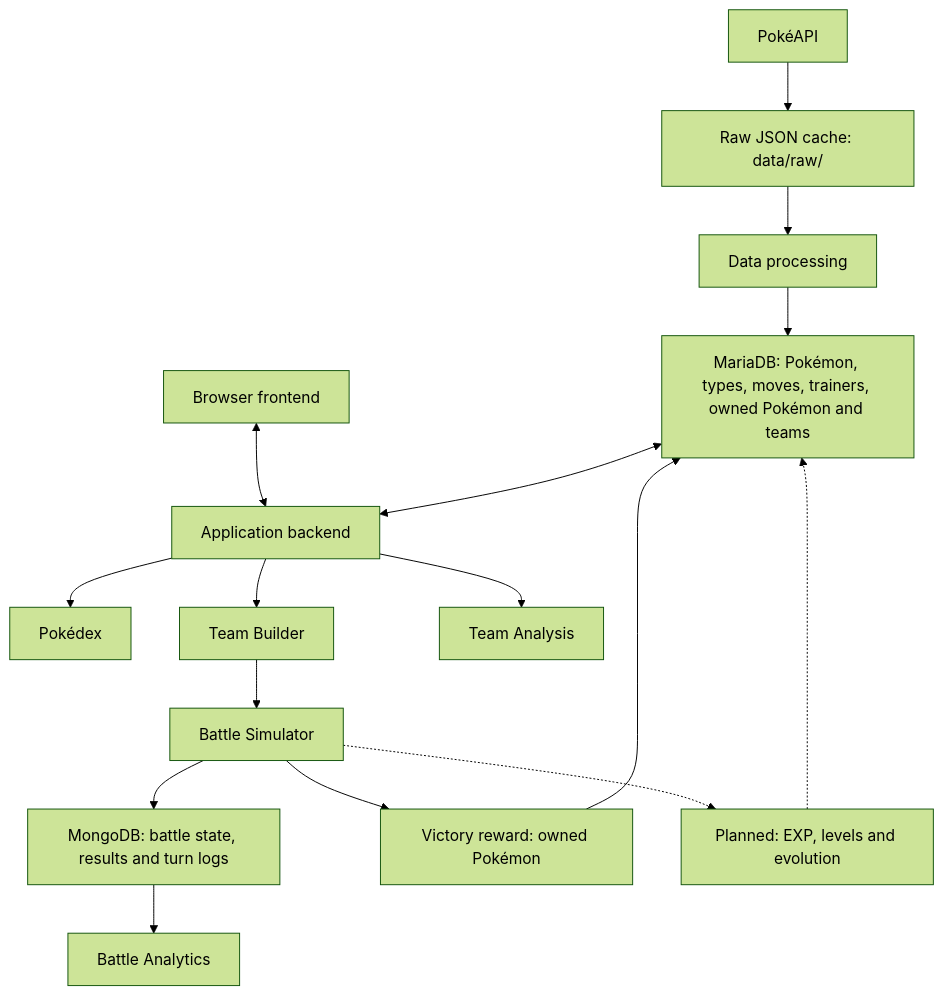
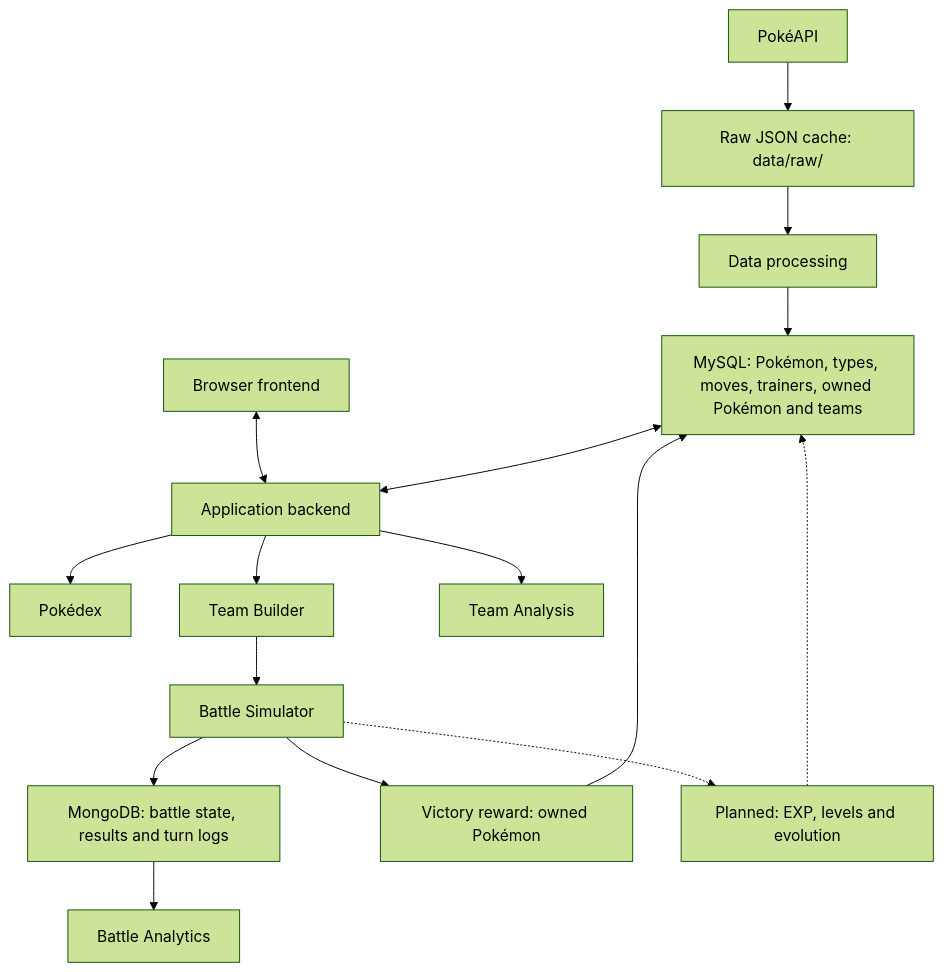
Before and after one commit to xavtsk/database-project: the diagram in docs/diagrams/application-architecture.md, drawn with Mermaid (forest theme). The commit also changed other lines of this file and 31 other files, not shown here.

````diff
--- a/docs/diagrams/application-architecture.md
+++ b/docs/diagrams/application-architecture.md
@@ -5,18 +5,18 @@
 ```mermaid
 flowchart TD
     API[PokéAPI] --> RAW["Raw JSON cache: data/raw/"]
     RAW --> PROCESS[Data processing]
-    PROCESS --> SQL["MariaDB: Pokémon, types, moves, trainers, owned Pokémon and teams"]
+    PROCESS --> SQL["MySQL: Pokémon, types, moves, trainers, owned Pokémon and teams"]
     UI[Browser frontend] <--> APP[Application backend]
     SQL <--> APP
     APP --> DEX[Pokédex]
     APP --> TEAMS[Team Builder]
     APP --> ANALYSIS[Team Analysis]
     TEAMS --> BATTLE[Battle Simulator]
     BATTLE --> MONGO["MongoDB: battle state, results and turn logs"]
     MONGO --> ANALYTICS[Battle Analytics]
     BATTLE --> REWARD[Victory reward: owned Pokémon]
     REWARD --> SQL
     BATTLE -.-> PROGRESS["Planned: EXP, levels and evolution"]
     PROGRESS -.-> SQL
 ```
````
